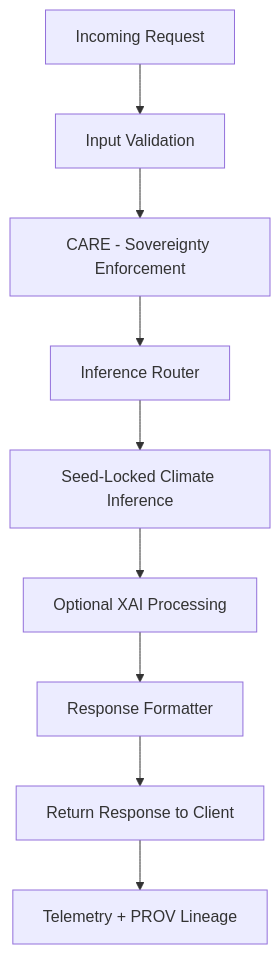
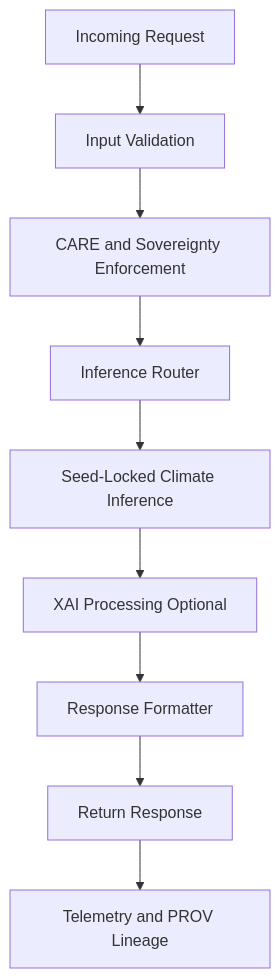
The diagram in docs/pipelines/ai/inference/climate/realtime/handlers/README.md (bartytime4life/Kansas-Frontier-Matrix), drawn with Mermaid before and after one commit. The commit also changed other lines of this file, not shown here.

````diff
--- a/docs/pipelines/ai/inference/climate/realtime/handlers/README.md
+++ b/docs/pipelines/ai/inference/climate/realtime/handlers/README.md
@@ -169,11 +187,11 @@
 ```mermaid
 flowchart TD
     A[Incoming Request] --> B[Input Validation]
-    B --> C[CARE - Sovereignty Enforcement]
+    B --> C[CARE and Sovereignty Enforcement]
     C --> D[Inference Router]
     D --> E[Seed-Locked Climate Inference]
-    E --> F[Optional XAI Processing]
+    E --> F[XAI Processing Optional]
     F --> G[Response Formatter]
-    G --> H[Return Response to Client]
-    H --> I[Telemetry + PROV Lineage]
+    G --> H[Return Response]
+    H --> I[Telemetry and PROV Lineage]
 ```
````
